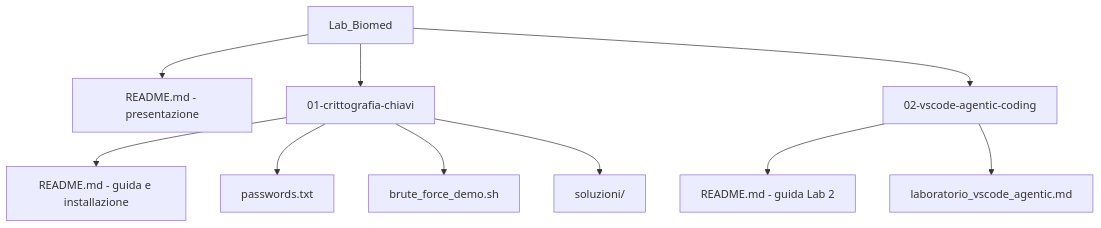
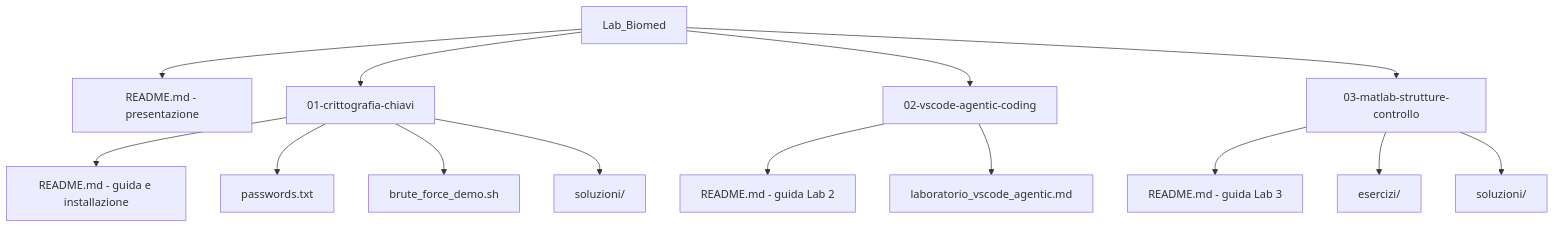
The diagram in README.md (lucadagati/Lab_Fondamenti_di_Informatica_25_26), drawn with Mermaid before and after one commit. The commit also changed other lines of this file and 11 other files, not shown here.

First line of the commit message:
Aggiunge Lab 3 MATLAB con esercizi, hint e soluzioni

````diff
--- a/README.md
+++ b/README.md
@@ -16,15 +16,19 @@
 ```mermaid
 flowchart TD
     ROOT[Lab_Biomed]
     ROOT --> README[README.md - presentazione]
     ROOT --> LAB1[01-crittografia-chiavi]
     ROOT --> LAB2[02-vscode-agentic-coding]
+    ROOT --> LAB3[03-matlab-strutture-controllo]
 
     LAB1 --> L1README[README.md - guida e installazione]
     LAB1 --> L1PWD[passwords.txt]
     LAB1 --> L1SCRIPT[brute_force_demo.sh]
     LAB1 --> L1SOL[soluzioni/]
 
     LAB2 --> L2README[README.md - guida Lab 2]
     LAB2 --> L2DOC[laboratorio_vscode_agentic.md]
+    LAB3 --> L3README[README.md - guida Lab 3]
+    LAB3 --> L3EX[esercizi/]
+    LAB3 --> L3SOL[soluzioni/]
 ```
````
